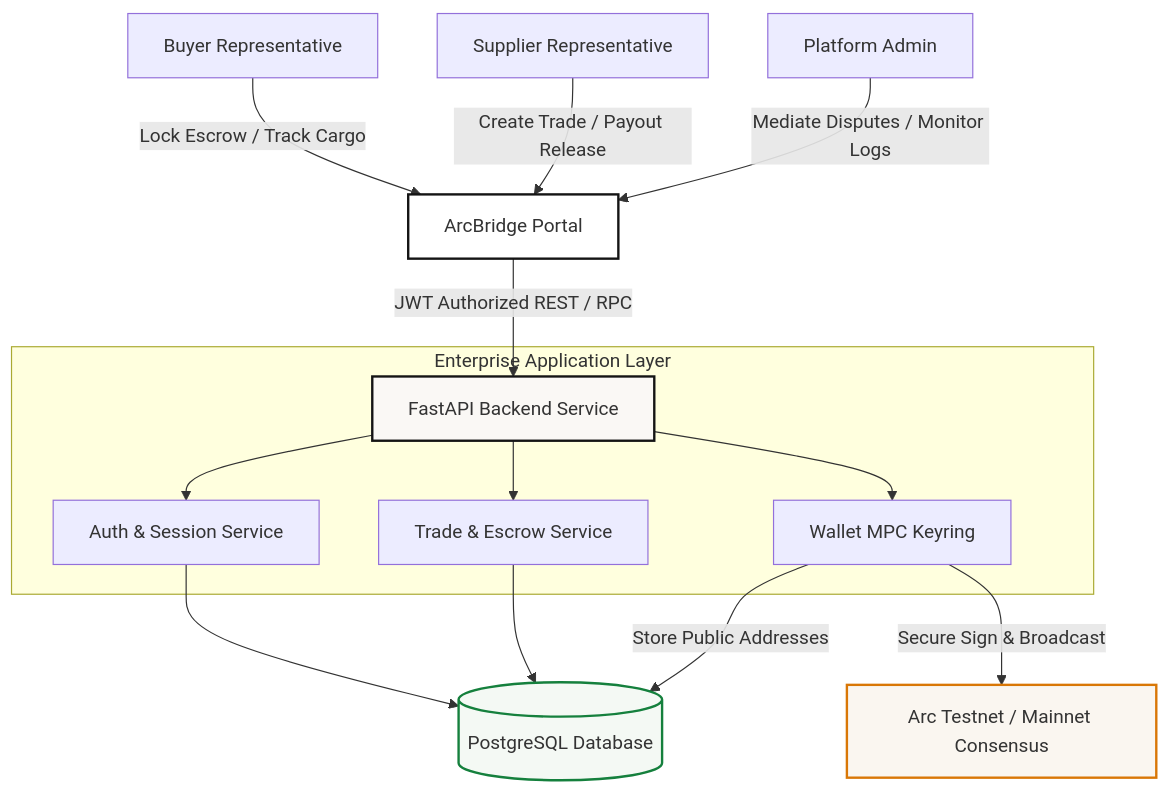
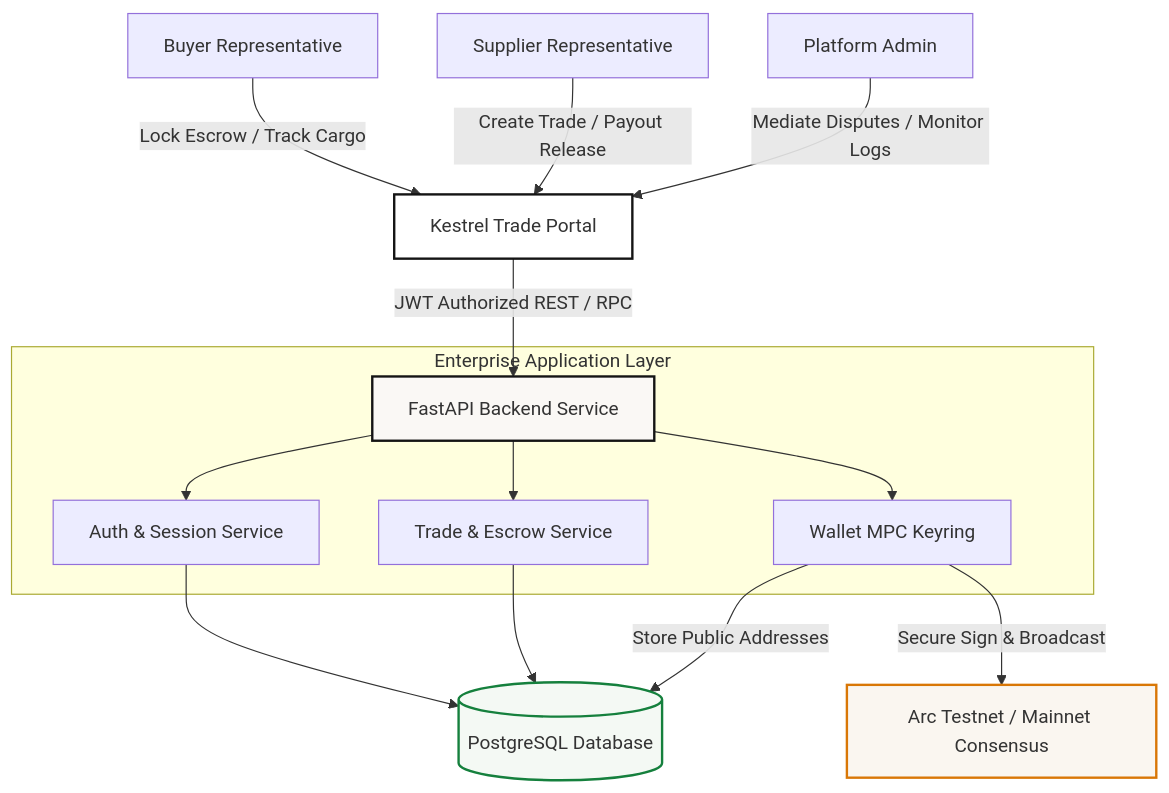
One commit to sahil-tambe/arc_bridge changed the diagram in README.md. Above: the diagram before and after it, drawn with Mermaid. The commit also changed other lines of this file and 17 other files, not shown here.

First line of the commit message:
refactor: rebrand application to Kestrel Trade

````diff
--- a/README.md
+++ b/README.md
@@ -106,28 +106,28 @@
 ```mermaid
 graph TD
     %% Roles
-    Buyer[Buyer Representative] -->|Lock Escrow / Track Cargo| AB[ArcBridge Portal]
+    Buyer[Buyer Representative] -->|Lock Escrow / Track Cargo| AB[Kestrel Trade Portal]
     Supplier[Supplier Representative] -->|Create Trade / Payout Release| AB
     Admin[Platform Admin] -->|Mediate Disputes / Monitor Logs| AB
 
     %% Frontend / Backend Interfaces
     AB -->|JWT Authorized REST / RPC| API[FastAPI Backend Service]
     
     %% Backend Modules
     subgraph Backend Services [Enterprise Application Layer]
         API --> Auth[Auth & Session Service]
         API --> TradeSvc[Trade & Escrow Service]
         API --> WalletSvc[Wallet MPC Keyring]
     end
 
     %% Database & Blockchain Layer
     Auth --> DB[(PostgreSQL Database)]
     TradeSvc --> DB
     WalletSvc -->|Store Public Addresses| DB
     WalletSvc -->|Secure Sign & Broadcast| ArcNet[Arc Testnet / Mainnet Consensus]
     
     style AB fill:#FFFFFF,stroke:#141414,stroke-width:2px;
     style API fill:#FAF8F5,stroke:#141414,stroke-width:2px;
     style DB fill:#F4F9F4,stroke:#15803d,stroke-width:2px;
     style ArcNet fill:#FAF6F0,stroke:#d97706,stroke-width:2px;
 ```
````
